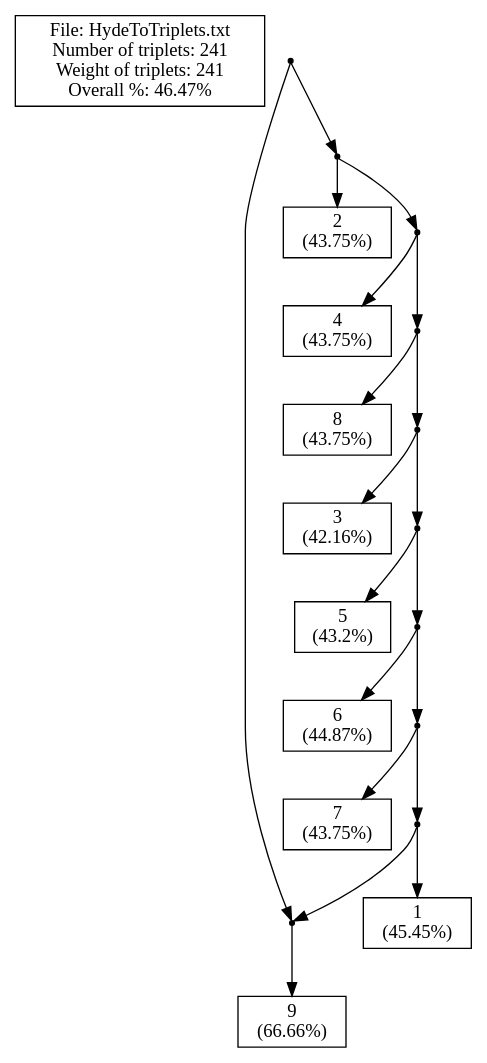
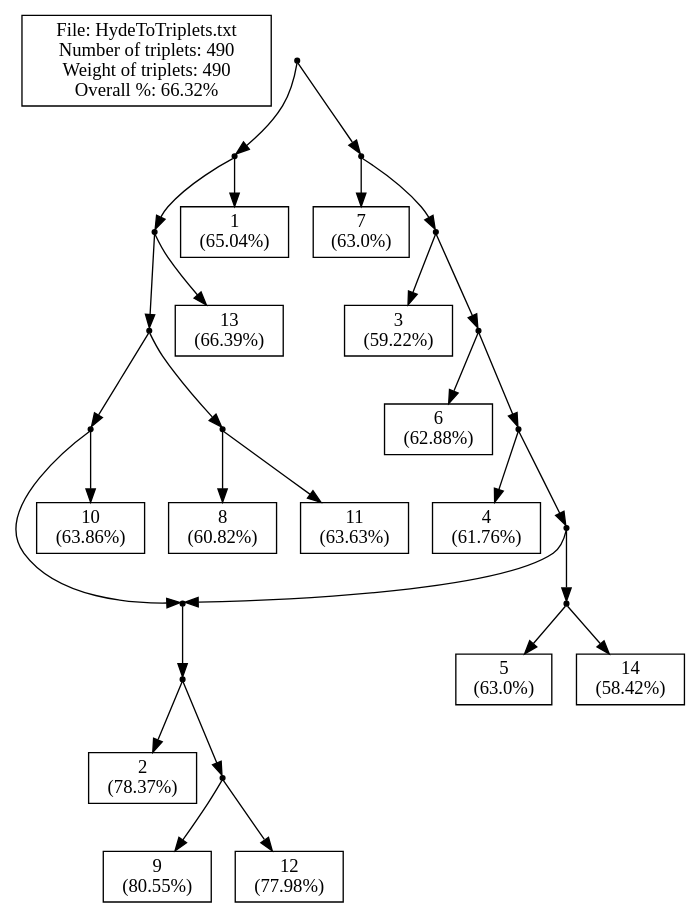
One commit to solislemuslab/phylo-knit changed the diagram in src/Server/cExample1.dot. Above: the diagram before and after it, drawn with Graphviz. The commit also changed 6 other files, not shown here.

```diff
--- a/src/Server/cExample1.dot
+++ b/src/Server/cExample1.dot
@@ -1,66 +1,90 @@
 // LEV1ATHAN Version 1.0, 21 september 2009
 // COMMENT: Pre-processing the input file to count the leaves
-// COMMENT: Pre-processing showed that there are 9 leaves in the input.
-// SUMMARY: Input had 9 leaves.
+// COMMENT: Pre-processing showed that there are 14 leaves in the input.
+// SUMMARY: Input had 14 leaves.
 // USER-SETTING: Will *not* post-process output to collapse edges.
 // COMMENT: Triplet set is already dense.
-// SUMMARY: There are 241 triplets in the input.
-// SUMMARY: Total weight of input triplets is 241.
+// SUMMARY: There are 490 triplets in the input.
+// SUMMARY: Total weight of input triplets is 490.
 // SUMMARY: (Before post-processing)
-// SUMMARY: We got 112 units of triplet weight, that's 46.47% of total weight.
-// SUMMARY: In total 129 units of triplet weight were -not- consistent with the ouput network.
-// SUMMARY: Output network contained 0 triplets -not- in the original input.
-// SUMMARY: The symmetric difference is thus 129 + (1 * 0) = 129
+// SUMMARY: We got 325 units of triplet weight, that's 66.32% of total weight.
+// SUMMARY: In total 165 units of triplet weight were -not- consistent with the ouput network.
+// SUMMARY: Output network contained 198 triplets -not- in the original input.
+// SUMMARY: The symmetric difference is thus 165 + (1 * 198) = 363
 // SUMMARY: (After post-processing)
 strict digraph G1 {
 edge [fontsize=8]
-labelbox [shape=box, width=0.4, label="File: HydeToTriplets.txt\nNumber of triplets: 241\nWeight of triplets: 241\nOverall %: 46.47%"];
+labelbox [shape=box, width=0.4, label="File: HydeToTriplets.txt\nNumber of triplets: 490\nWeight of triplets: 490\nOverall %: 66.32%"];
 1000 [shape=point];
 1001 [shape=point];
-9 [shape=box, width=0.3, label="9\n(66.66%)"];
+1002 [shape=point];
 1003 [shape=point];
-1 [shape=box, width=0.3, label="2\n(43.75%)"];
+1004 [shape=point];
 1005 [shape=point];
-4 [shape=box, width=0.3, label="4\n(43.75%)"];
-1007 [shape=point];
-8 [shape=box, width=0.3, label="8\n(43.75%)"];
-1009 [shape=point];
-3 [shape=box, width=0.3, label="3\n(42.16%)"];
-1011 [shape=point];
-5 [shape=box, width=0.3, label="5\n(43.2%)"];
-1013 [shape=point];
-6 [shape=box, width=0.3, label="6\n(44.87%)"];
-1015 [shape=point];
-7 [shape=box, width=0.3, label="7\n(43.75%)"];
+1006 [shape=point];
+2 [shape=box, width=0.3, label="2\n(78.37%)"];
+1008 [shape=point];
+10 [shape=box, width=0.3, label="9\n(80.55%)"];
+14 [shape=box, width=0.3, label="12\n(77.98%)"];
+11 [shape=box, width=0.3, label="10\n(63.86%)"];
+1012 [shape=point];
+7 [shape=box, width=0.3, label="8\n(60.82%)"];
+12 [shape=box, width=0.3, label="11\n(63.63%)"];
+13 [shape=box, width=0.3, label="13\n(66.39%)"];
+1 [shape=box, width=0.3, label="1\n(65.04%)"];
 1017 [shape=point];
-2 [shape=box, width=0.3, label="1\n(45.45%)"];
+6 [shape=box, width=0.3, label="7\n(63.0%)"];
+1019 [shape=point];
+4 [shape=box, width=0.3, label="3\n(59.22%)"];
+1021 [shape=point];
+5 [shape=box, width=0.3, label="6\n(62.88%)"];
+1023 [shape=point];
+9 [shape=box, width=0.3, label="4\n(61.76%)"];
+1025 [shape=point];
+1026 [shape=point];
+3 [shape=box, width=0.3, label="5\n(63.0%)"];
+8 [shape=box, width=0.3, label="14\n(58.42%)"];
 1000 -> 1001
-1000 -> 1003
-1001 -> 9
-1003 -> 1
-1003 -> 1005
-1005 -> 4
-1005 -> 1007
-1007 -> 8
-1007 -> 1009
-1009 -> 3
-1009 -> 1011
-1011 -> 5
-1011 -> 1013
-1013 -> 6
-1013 -> 1015
-1015 -> 7
-1015 -> 1017
-1017 -> 2
-1017 -> 1001
-1001 -> 9
+1000 -> 1017
+1001 -> 1002
+1001 -> 1
+1002 -> 1003
+1002 -> 13
+1003 -> 1004
+1003 -> 1012
+1004 -> 1005
+1004 -> 11
+1005 -> 1006
+1006 -> 2
+1006 -> 1008
+1008 -> 10
+1008 -> 14
+1012 -> 7
+1012 -> 12
+1017 -> 6
+1017 -> 1019
+1019 -> 4
+1019 -> 1021
+1021 -> 5
+1021 -> 1023
+1023 -> 9
+1023 -> 1025
+1025 -> 1026
+1025 -> 1005
+1026 -> 3
+1026 -> 8
+1005 -> 1006
+1006 -> 2
+1006 -> 1008
+1008 -> 10
+1008 -> 14
 }
-// SUMMARY: eNewick output: ((9)#H1,(2,(4,(8,(3,(5,(6,(7,(1,#H1)))))))));
-// SUMMARY: In total 129 units of triplet weight were -not- consistent with the ouput network.
-// SUMMARY: Output network contained 0 triplets -not- in the original input.
+// SUMMARY: eNewick output: (((((((2,(9,12)))#H1,10),(8,11)),13),1),(7,(3,(6,(4,((5,14),#H1))))));
+// SUMMARY: In total 165 units of triplet weight were -not- consistent with the ouput network.
+// SUMMARY: Output network contained 198 triplets -not- in the original input.
 // SUMMARY: Weight of missing triplets before contraction minus weight of missing triplets afterwards: 0
 // SUMMARY: Number of surplus triplets before contraction minus number of surplus triplets afterwards: 0
-// CONCLUSION: After post-processing we got 112 units of triplet weight, that's 46.47% of total weight (before post-processing this was 46.47%).
-// CONCLUSION: After post-processing the symmetric difference is thus 129 + (1 * 0) = 129 (before post-processing this was 129)
-// STAT: PERCENTAGE = 46.47
-// STAT: NETWORK-TRIPLET SD = 129
+// CONCLUSION: After post-processing we got 325 units of triplet weight, that's 66.32% of total weight (before post-processing this was 66.32%).
+// CONCLUSION: After post-processing the symmetric difference is thus 165 + (1 * 198) = 363 (before post-processing this was 363)
+// STAT: PERCENTAGE = 66.32
+// STAT: NETWORK-TRIPLET SD = 363
```
